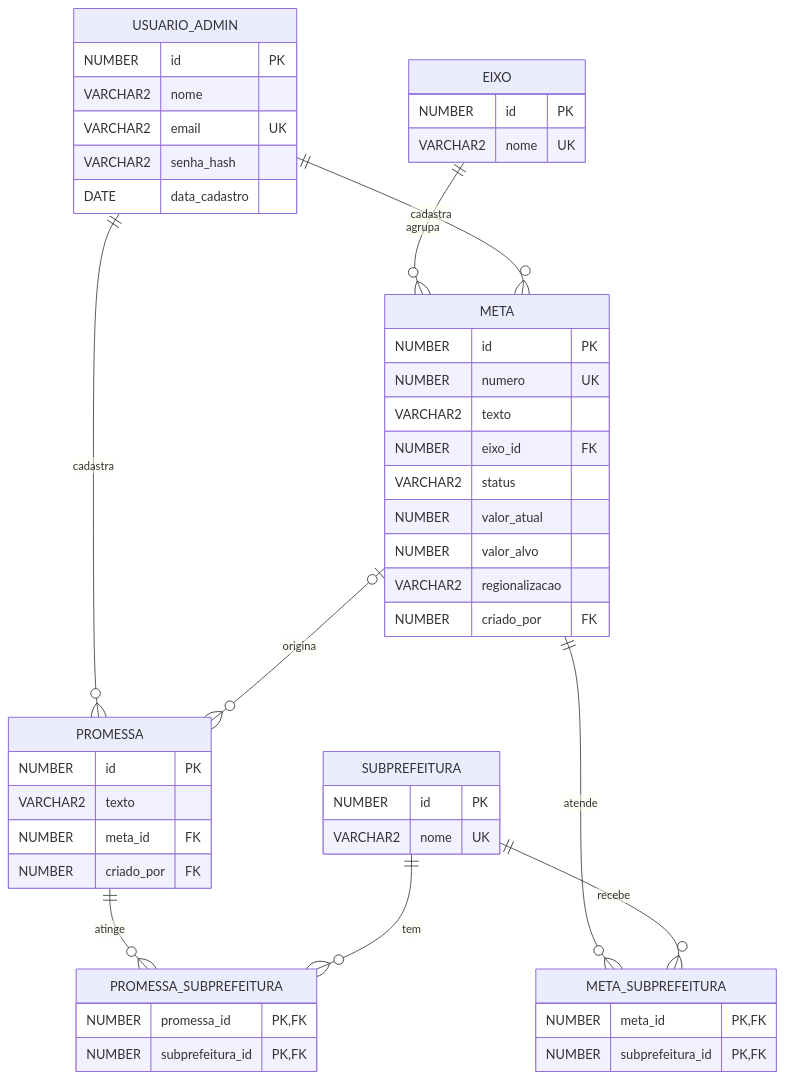
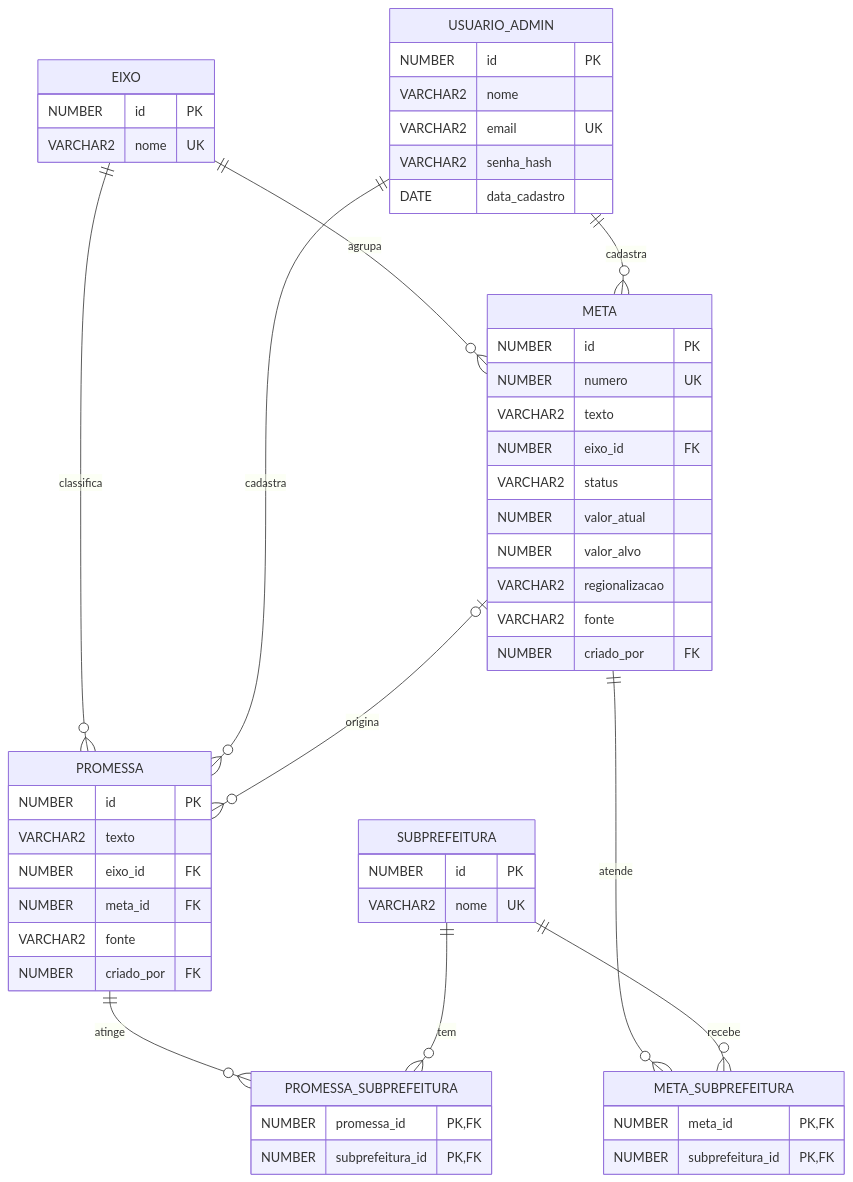
Before and after one commit to ArthurDev4/pra-todos-sp-java: the diagram in docs/diagramas/der.mmd, drawn with Mermaid. The commit also changed 46 other files, not shown here.

```diff
--- a/docs/diagramas/der.mmd
+++ b/docs/diagramas/der.mmd
@@ -1,49 +1,53 @@
 erDiagram
     USUARIO_ADMIN {
         NUMBER id PK
         VARCHAR2 nome
         VARCHAR2 email UK
         VARCHAR2 senha_hash
         DATE data_cadastro
     }
     EIXO {
         NUMBER id PK
         VARCHAR2 nome UK
     }
     SUBPREFEITURA {
         NUMBER id PK
         VARCHAR2 nome UK
     }
     META {
         NUMBER id PK
         NUMBER numero UK
         VARCHAR2 texto
         NUMBER eixo_id FK
         VARCHAR2 status
         NUMBER valor_atual
         NUMBER valor_alvo
         VARCHAR2 regionalizacao
+        VARCHAR2 fonte
         NUMBER criado_por FK
     }
     PROMESSA {
         NUMBER id PK
         VARCHAR2 texto
+        NUMBER eixo_id FK
         NUMBER meta_id FK
+        VARCHAR2 fonte
         NUMBER criado_por FK
     }
     META_SUBPREFEITURA {
         NUMBER meta_id PK,FK
         NUMBER subprefeitura_id PK,FK
     }
     PROMESSA_SUBPREFEITURA {
         NUMBER promessa_id PK,FK
         NUMBER subprefeitura_id PK,FK
     }
     EIXO ||--o{ META : agrupa
+    EIXO ||--o{ PROMESSA : classifica
     USUARIO_ADMIN ||--o{ META : cadastra
     USUARIO_ADMIN ||--o{ PROMESSA : cadastra
     META |o--o{ PROMESSA : origina
     META ||--o{ META_SUBPREFEITURA : atende
     SUBPREFEITURA ||--o{ META_SUBPREFEITURA : recebe
     PROMESSA ||--o{ PROMESSA_SUBPREFEITURA : atinge
     SUBPREFEITURA ||--o{ PROMESSA_SUBPREFEITURA : tem
```
